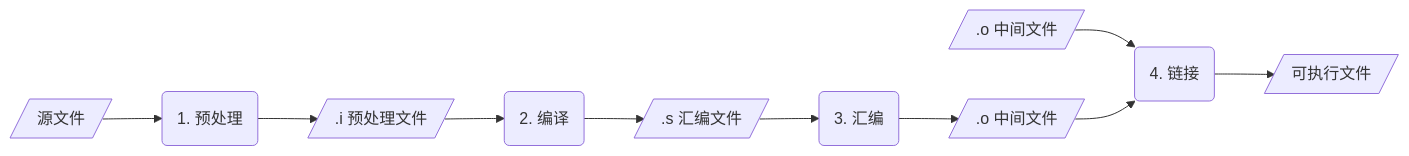
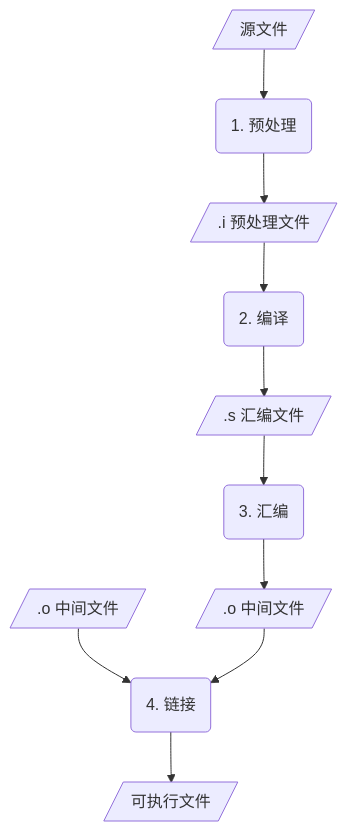
One commit to dmjcb/dmjcb.github.io changed the first of 7 diagrams in _posts/c_c++/compile/2021-06-15-编译过程.md. Above: the diagram before and after it, drawn with Mermaid. The commit also changed 16 other files, not shown here.

````diff
--- a/_posts/c_c++/compile/2021-06-15-编译过程.md
+++ b/_posts/c_c++/compile/2021-06-15-编译过程.md
@@ -16,24 +16,24 @@
 ```mermaid
-graph LR;
+graph TB;
     
     A[/源文件/]
     B(1. 预处理)
     B1[/.i 预处理文件/]
     C(2. 编译)
     C1[/.s 汇编文件/]
     D(3. 汇编)
     D1[/.o 中间文件/]
     D2[/.o 中间文件/]
     E(4. 链接)
     F[/可执行文件/]
     
 
     A-->B
     B-->B1
     B1-->C
     C-->C1-->D
     D-->D1
     D2-->E
     D1-->E
     E-->F
 ```
````
